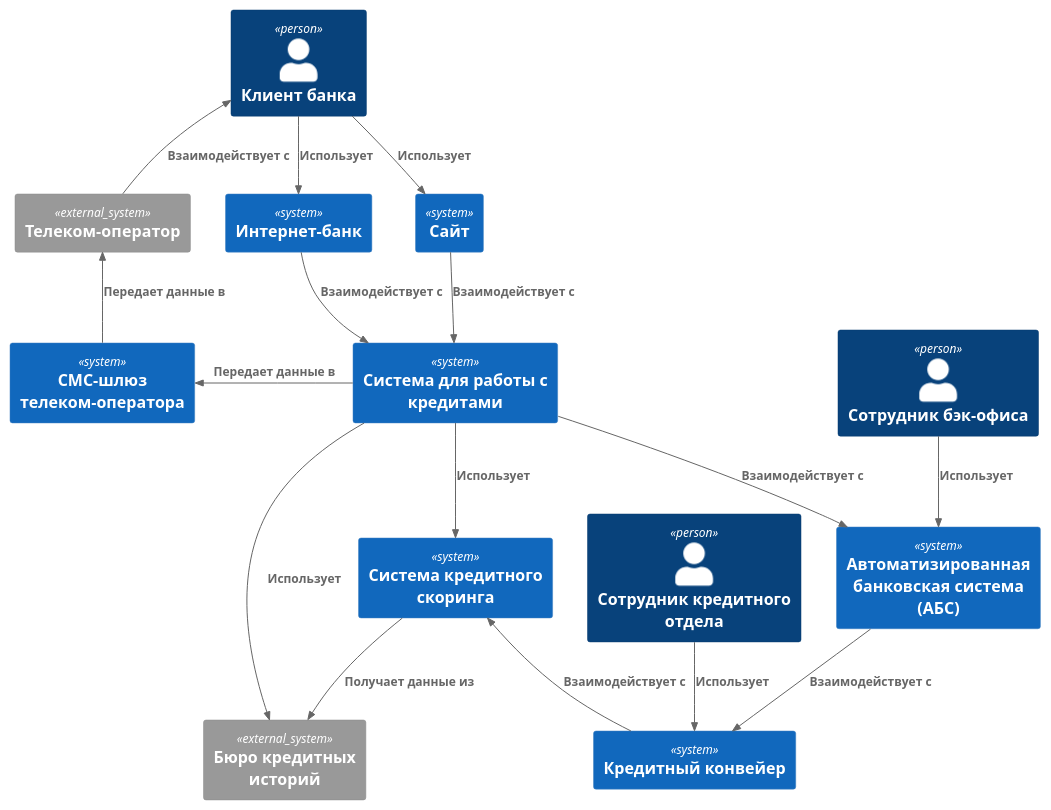
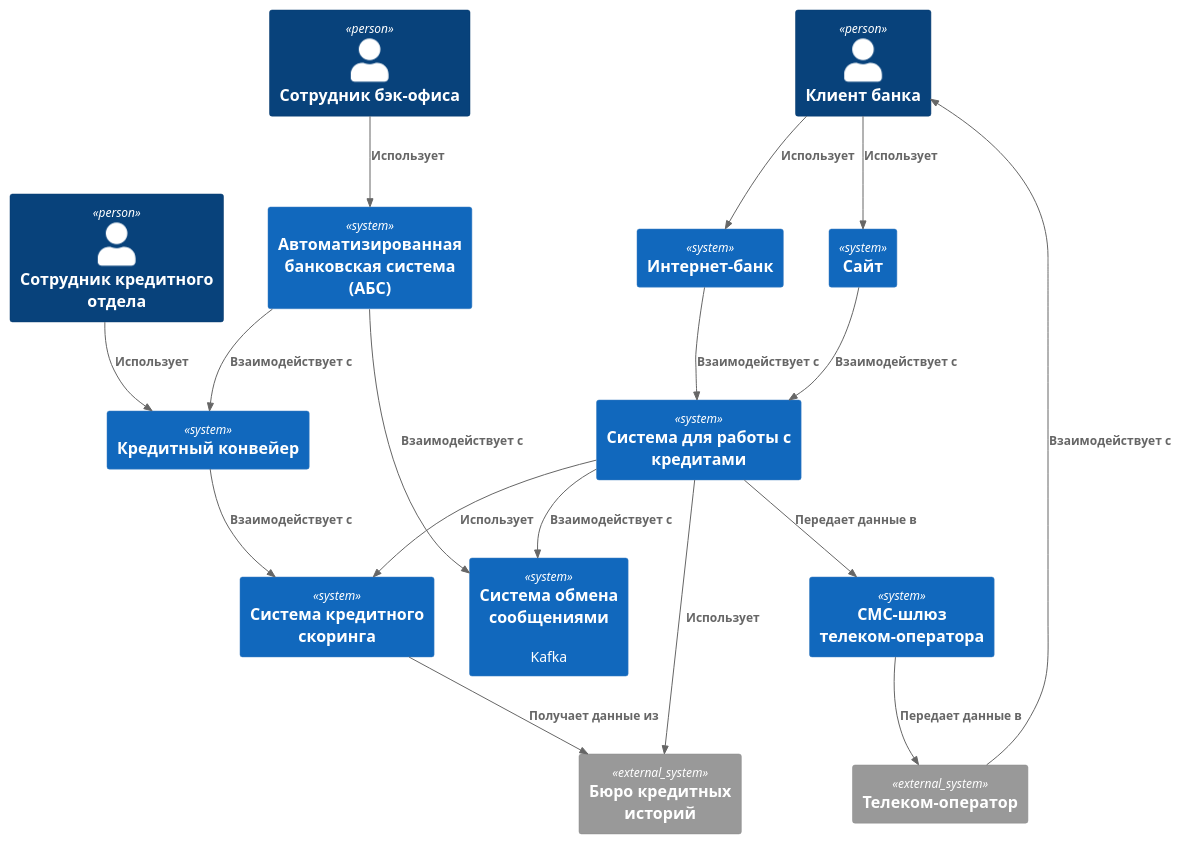
The diagram in Task5/Context.puml (vsevolod-nikitin/yandex-practicum-architecture-pro-standart), drawn with PlantUML before and after one commit. The commit also changed 7 other files, not shown here.

Commit message:
Дополнение 5 задания. Изменение схем 3 и 4 заданий.

```diff
--- a/Task5/Context.puml
+++ b/Task5/Context.puml
@@ -1,43 +1,45 @@
 @startuml Context
 !include https://raw.githubusercontent.com/plantuml-stdlib/C4-PlantUML/master/C4_Context.puml
 
 Person(client, "Клиент банка")
 Person(backEmployee, "Сотрудник бэк-офиса")
 Person(creditEmployee, "Сотрудник кредитного отдела")
 
 System(website, "Сайт")
 System(internetBank, "Интернет-банк")
 System(creditSystem, "Система для работы с кредитами")
 System(abs, "Автоматизированная банковская система (АБС)")
 System(creditConveyor, "Кредитный конвейер")
 System(scoringSystem, "Система кредитного скоринга")
 System(smsGateway, "СМС-шлюз телеком-оператора")
+System(messageBroker, "Система обмена сообщениями", "Kafka")
 
 System_Ext(creditBureau, "Бюро кредитных историй")
 System_Ext(telecomOperator, "Телеком-оператор")
 
 Rel(client, internetBank, "Использует")
 Rel(client, website, "Использует")
 
 Rel(internetBank, creditSystem, "Взаимодействует с")
 Rel(website, creditSystem, "Взаимодействует с")
 
 Rel(backEmployee, abs, "Использует")
 Rel(creditEmployee, creditConveyor, "Использует")
 
-Rel(creditSystem, abs, "Взаимодействует с")
+Rel(creditSystem, messageBroker, "Взаимодействует с")
 Rel(abs, creditConveyor, "Взаимодействует с")
+Rel(abs, messageBroker, "Взаимодействует с")
 
-Rel_L(creditConveyor, scoringSystem, "Взаимодействует с")
+Rel(creditConveyor, scoringSystem, "Взаимодействует с")
 Rel(scoringSystem, creditBureau, "Получает данные из")
 
-Rel_L(creditSystem, smsGateway, "Передает данные в")
-Rel_U(smsGateway, telecomOperator, "Передает данные в")
-Rel_U(telecomOperator, client, "Взаимодействует с")
+Rel(creditSystem, smsGateway, "Передает данные в")
+Rel(smsGateway, telecomOperator, "Передает данные в")
+Rel(telecomOperator, client, "Взаимодействует с")
 
 Rel(creditSystem, scoringSystem, "Использует")
 Rel(creditSystem, creditBureau, "Использует")
 
 LAYOUT_TOP_DOWN()
 
 @enduml
```
